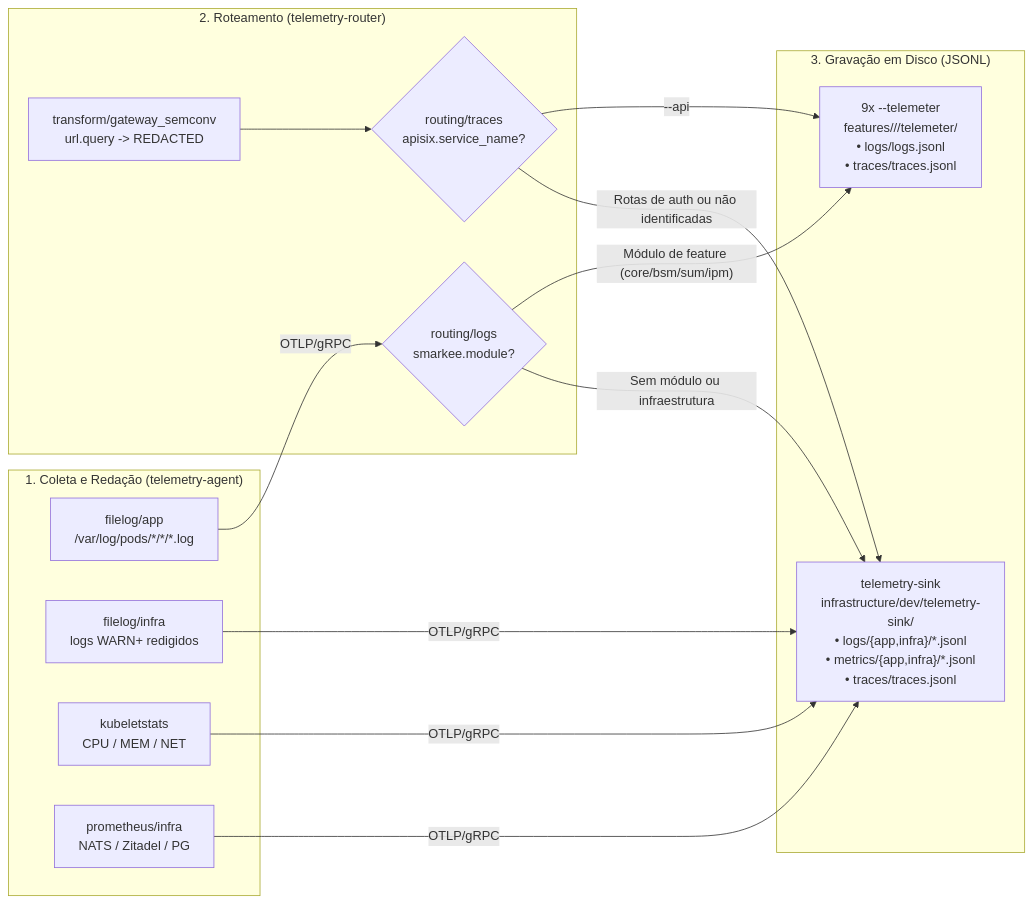
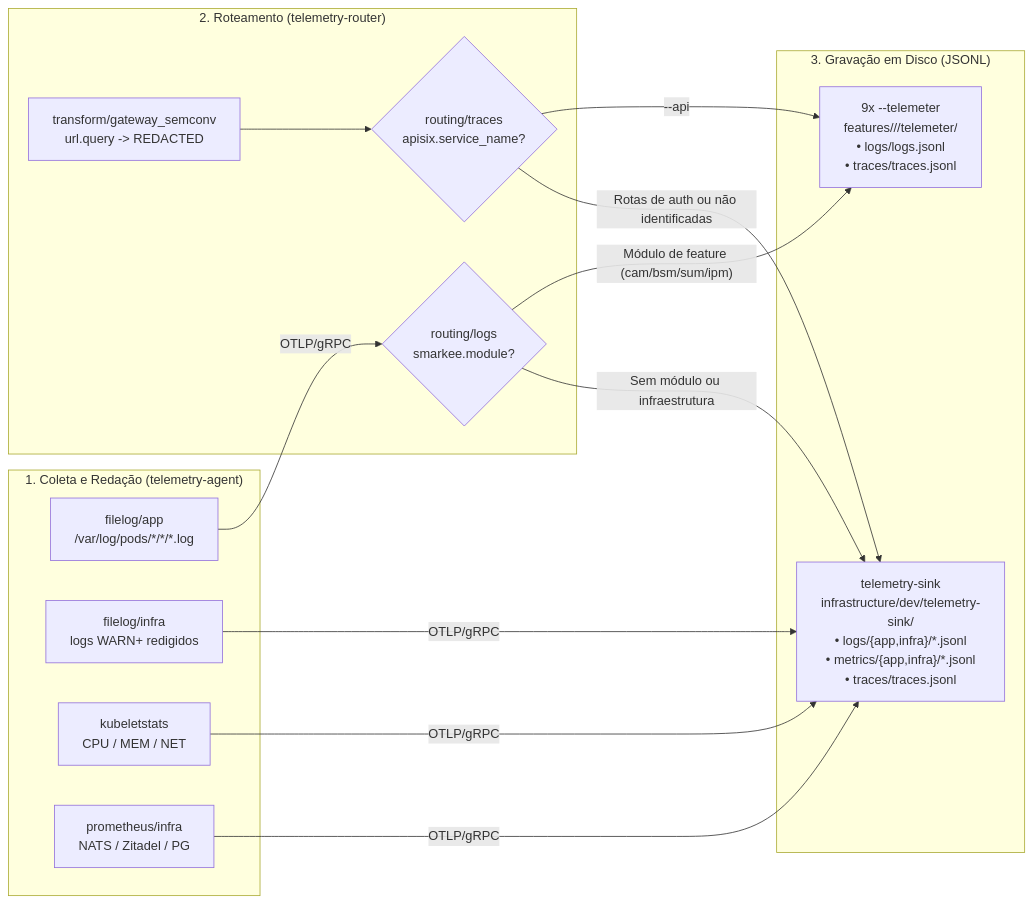
Before and after one commit to danielsabatini/smarkee: the eighth of 9 diagrams in docs/infrastructure/k8s/INFRASTRUCTURE.md, drawn with Mermaid. The commit also changed other lines of this file and 44 other files, not shown here.

````diff
--- a/docs/infrastructure/k8s/INFRASTRUCTURE.md
+++ b/docs/infrastructure/k8s/INFRASTRUCTURE.md
@@ -839,32 +841,32 @@
 ```mermaid
 flowchart LR
   subgraph Coleta["1. Coleta e Redação (telemetry-agent)"]
     L_APP["filelog/app<br/>/var/log/pods/*/*/*.log"]
     L_INF["filelog/infra<br/>logs WARN+ redigidos"]
     M_K8S["kubeletstats<br/>CPU / MEM / NET"]
     M_INF["prometheus/infra<br/>NATS / Zitadel / PG"]
   end
 
   subgraph Roteamento["2. Roteamento (telemetry-router)"]
     R_TRANS["transform/gateway_semconv<br/>url.query -> REDACTED"]
     R_LOGS{"routing/logs<br/>smarkee.module?"}
     R_TRACES{"routing/traces<br/>apisix.service_name?"}
   end
 
   subgraph Gravacao["3. Gravação em Disco (JSONL)"]
     F_TEL["9x <mod>-<type>-telemeter<br/>features/<mod>/<type>/telemeter/<br/>• logs/logs.jsonl<br/>• traces/traces.jsonl"]
     SINK["telemetry-sink<br/>infrastructure/dev/telemetry-sink/<br/>• logs/{app,infra}/*.jsonl<br/>• metrics/{app,infra}/*.jsonl<br/>• traces/traces.jsonl"]
   end
 
   L_APP -->|OTLP/gRPC| R_LOGS
   L_INF -->|OTLP/gRPC| SINK
   M_K8S -->|OTLP/gRPC| SINK
   M_INF -->|OTLP/gRPC| SINK
   R_TRANS --> R_TRACES
 
-  R_LOGS -- "Módulo de feature (core/bsm/sum/ipm)" --> F_TEL
+  R_LOGS -- "Módulo de feature (cam/bsm/sum/ipm)" --> F_TEL
   R_LOGS -- "Sem módulo ou infraestrutura" --> SINK
 
   R_TRACES -- "<mod>-<type>-api" --> F_TEL
   R_TRACES -- "Rotas de auth ou não identificadas" --> SINK
 ```
````
